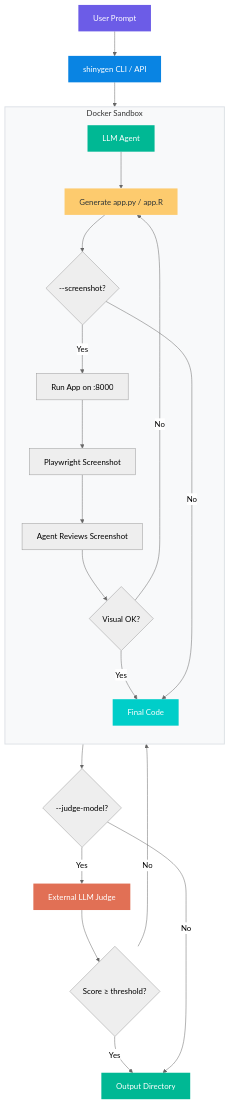
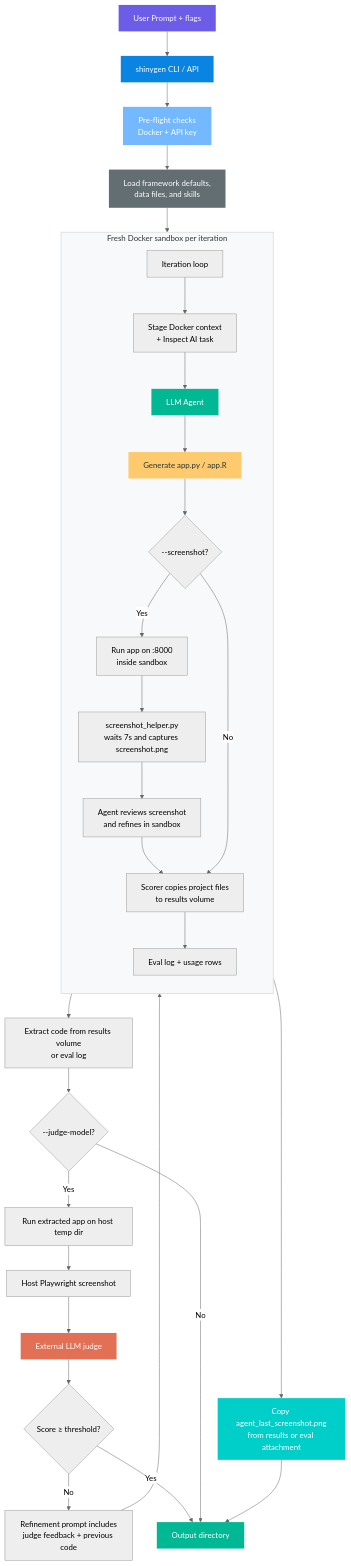
One commit to karangattu/shinygen changed the diagram in README.qmd. Above: the diagram before and after it, drawn with Mermaid (neutral theme). The commit also changed other lines of this file and 8 other files, not shown here.

First line of the commit message:
Update docs and screenshot/judge workflow

````diff
--- a/README.qmd
+++ b/README.qmd
@@ -73,36 +73,51 @@
 ```{mermaid}
 %%| fig-width: 9
 flowchart TD
-    A[User Prompt] --> B[shinygen CLI / API]
-    B --> C
+  A[User Prompt + flags] --> B[shinygen CLI / API]
+  B --> C[Pre-flight checks\nDocker + API key]
+  C --> D[Load framework defaults,\ndata files, and skills]
+  D --> E[Iteration loop]
 
-    subgraph C[Docker Sandbox]
-        direction TB
-        D[LLM Agent]
-        D --> E[Generate app.py / app.R]
-        E --> F{--screenshot?}
-        F -- Yes --> G[Run App on :8000]
-        G --> H[Playwright Screenshot]
-        H --> I[Agent Reviews Screenshot]
-        I --> J{Visual OK?}
-        J -- No --> E
-        J -- Yes --> K[Final Code]
-        F -- No --> K
-    end
+  subgraph F[Fresh Docker sandbox per iteration]
+    direction TB
+    G[Stage Docker context\n+ Inspect AI task]
+    H[LLM Agent]
+    I[Generate app.py / app.R]
+    J{--screenshot?}
+    K[Run app on :8000\ninside sandbox]
+    L[screenshot_helper.py\nwaits 7s and captures screenshot.png]
+    M[Agent reviews screenshot\nand refines in sandbox]
+    N[Scorer copies project files\nto results volume]
+    O[Eval log + usage rows]
 
-    K --> L{--judge-model?}
-    L -- Yes --> M[External LLM Judge]
-    M --> N{Score ≥ threshold?}
-    N -- No --> D
-    N -- Yes --> O[Output Directory]
-    L -- No --> O
+    E --> G --> H --> I --> J
+    J -- Yes --> K --> L --> M --> N
+    J -- No --> N
+    N --> O
+  end
 
-    style A fill:#6c5ce7,color:#fff,stroke:none
-    style B fill:#0984e3,color:#fff,stroke:none
-    style C fill:#f8f9fa,stroke:#dee2e6,stroke-width:2px
-    style D fill:#00b894,color:#fff,stroke:none
-    style E fill:#fdcb6e,color:#2d3436,stroke:none
-    style K fill:#00cec9,color:#fff,stroke:none
-    style M fill:#e17055,color:#fff,stroke:none
-    style O fill:#00b894,color:#fff,stroke:none
+  O --> P[Extract code from results volume\nor eval log]
+  O --> Q[Copy agent_last_screenshot.png\nfrom results or eval attachment]
+  P --> R{--judge-model?}
+  R -- Yes --> S[Run extracted app on host temp dir]
+  S --> T[Host Playwright screenshot]
+  T --> U[External LLM judge]
+  U --> V{Score ≥ threshold?}
+  V -- No --> W[Refinement prompt includes\njudge feedback + previous code]
+  W --> E
+  V -- Yes --> X[Output directory]
+  R -- No --> X
+
+  Q --> X
+
+  style A fill:#6c5ce7,color:#fff,stroke:none
+  style B fill:#0984e3,color:#fff,stroke:none
+  style C fill:#74b9ff,color:#fff,stroke:none
+  style D fill:#636e72,color:#fff,stroke:none
+  style F fill:#f8f9fa,stroke:#dee2e6,stroke-width:2px
+  style H fill:#00b894,color:#fff,stroke:none
+  style I fill:#fdcb6e,color:#2d3436,stroke:none
+  style Q fill:#00cec9,color:#fff,stroke:none
+  style U fill:#e17055,color:#fff,stroke:none
+  style X fill:#00b894,color:#fff,stroke:none
 ```
````
